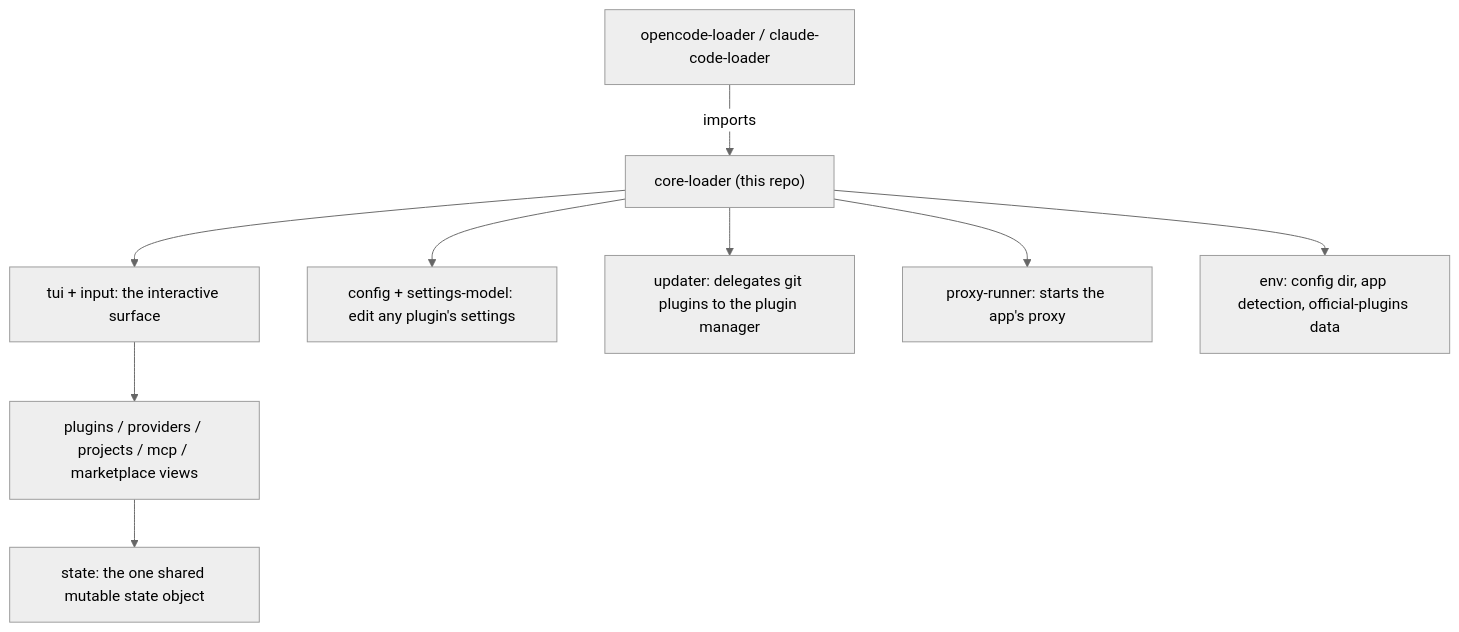
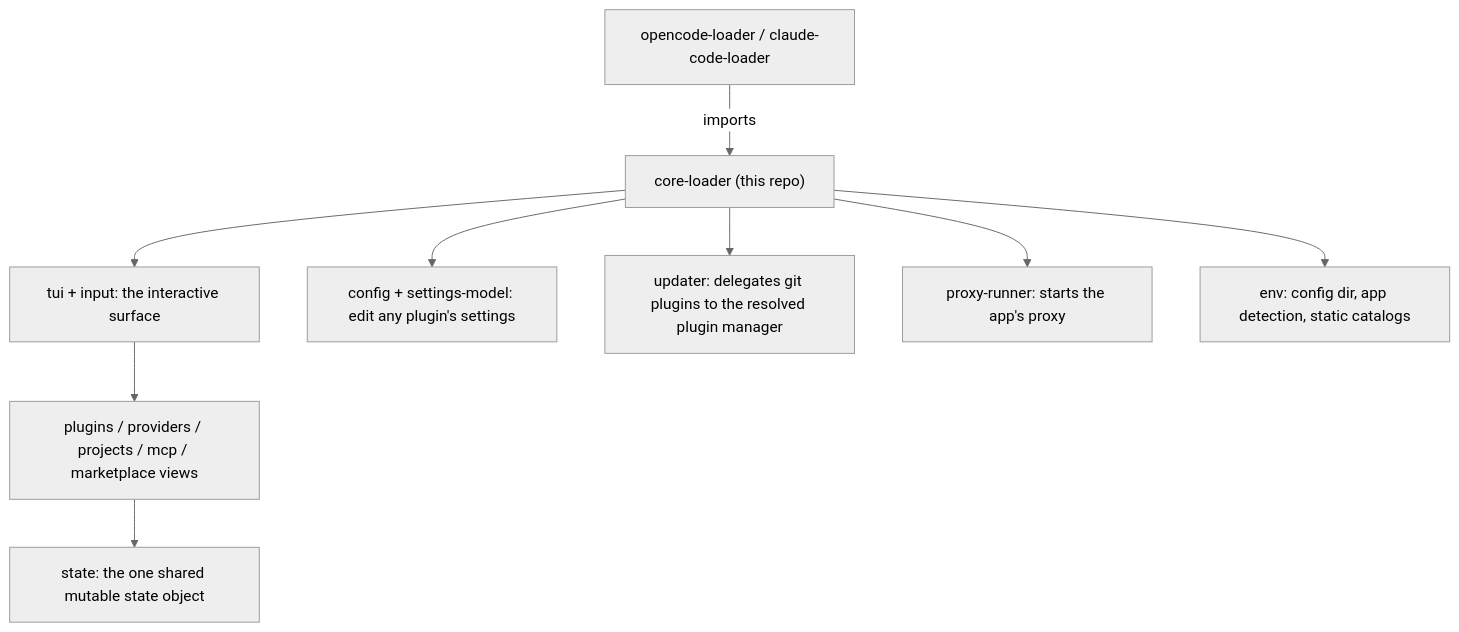
The diagram in README.md (intisy-ai/core-loader), drawn with Mermaid (neutral theme) before and after one commit. The commit also changed other lines of this file, not shown here.

````diff
--- a/README.md
+++ b/README.md
@@ -14,11 +23,11 @@
 ```mermaid
 flowchart TD
     LOADER["opencode-loader / claude-code-loader"] -->|imports| CL["core-loader (this repo)"]
     CL --> TUI["tui + input: the interactive surface"]
     TUI --> VIEWS["plugins / providers / projects / mcp / marketplace views"]
     VIEWS --> ST["state: the one shared mutable state object"]
     CL --> CFG["config + settings-model: edit any plugin's settings"]
-    CL --> UPD["updater: delegates git plugins to the plugin manager"]
+    CL --> UPD["updater: delegates git plugins to the resolved plugin manager"]
     CL --> PROXY["proxy-runner: starts the app's proxy"]
-    CL --> ENV["env: config dir, app detection, official-plugins data"]
+    CL --> ENV["env: config dir, app detection, static catalogs"]
 ```
````
